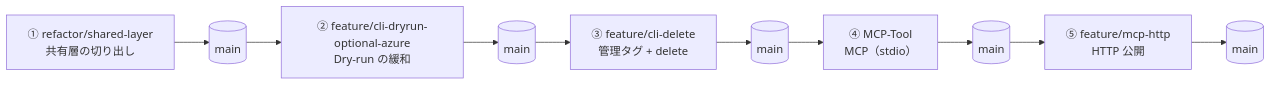
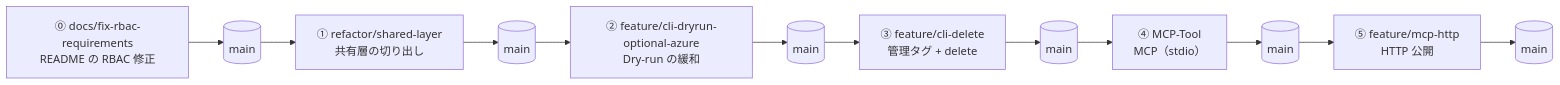
The first of 3 diagrams in docs/MCP_TOOL_DESIGN.md (yamadakou/timetracker-deployment-tool), drawn with Mermaid before and after one commit. The commit also changed other lines of this file, not shown here.

````diff
--- a/docs/MCP_TOOL_DESIGN.md
+++ b/docs/MCP_TOOL_DESIGN.md
@@ -50,8 +52,9 @@
 ```mermaid
 flowchart LR
-  B1["① refactor/shared-layer<br/>共有層の切り出し"] --> M1[(main)]
+  B0["⓪ docs/fix-rbac-requirements<br/>README の RBAC 修正"] --> M0[(main)]
+  M0 --> B1["① refactor/shared-layer<br/>共有層の切り出し"] --> M1[(main)]
   M1 --> B2["② feature/cli-dryrun-optional-azure<br/>Dry-run の緩和"] --> M2[(main)]
   M2 --> B3["③ feature/cli-delete<br/>管理タグ + delete"] --> M3[(main)]
   M3 --> B4["④ MCP-Tool<br/>MCP（stdio）"] --> M4[(main)]
   M4 --> B5["⑤ feature/mcp-http<br/>HTTP 公開"] --> M5[(main)]
 ```
````
